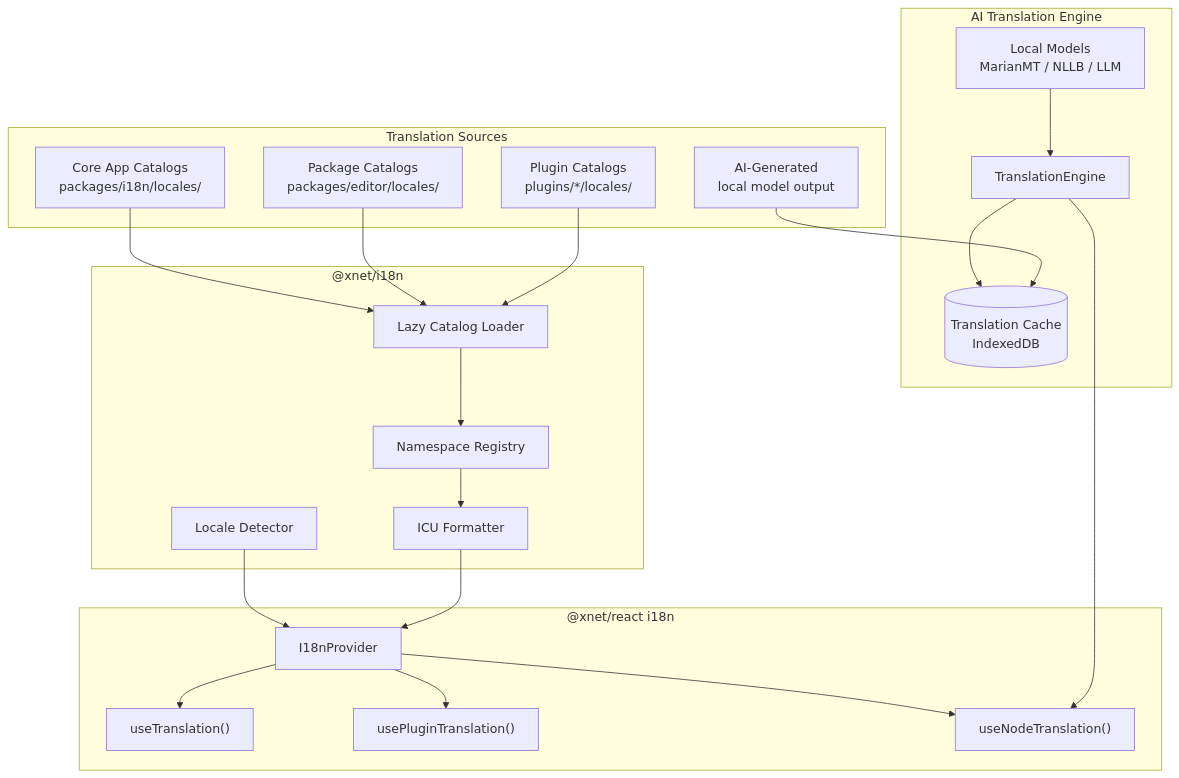
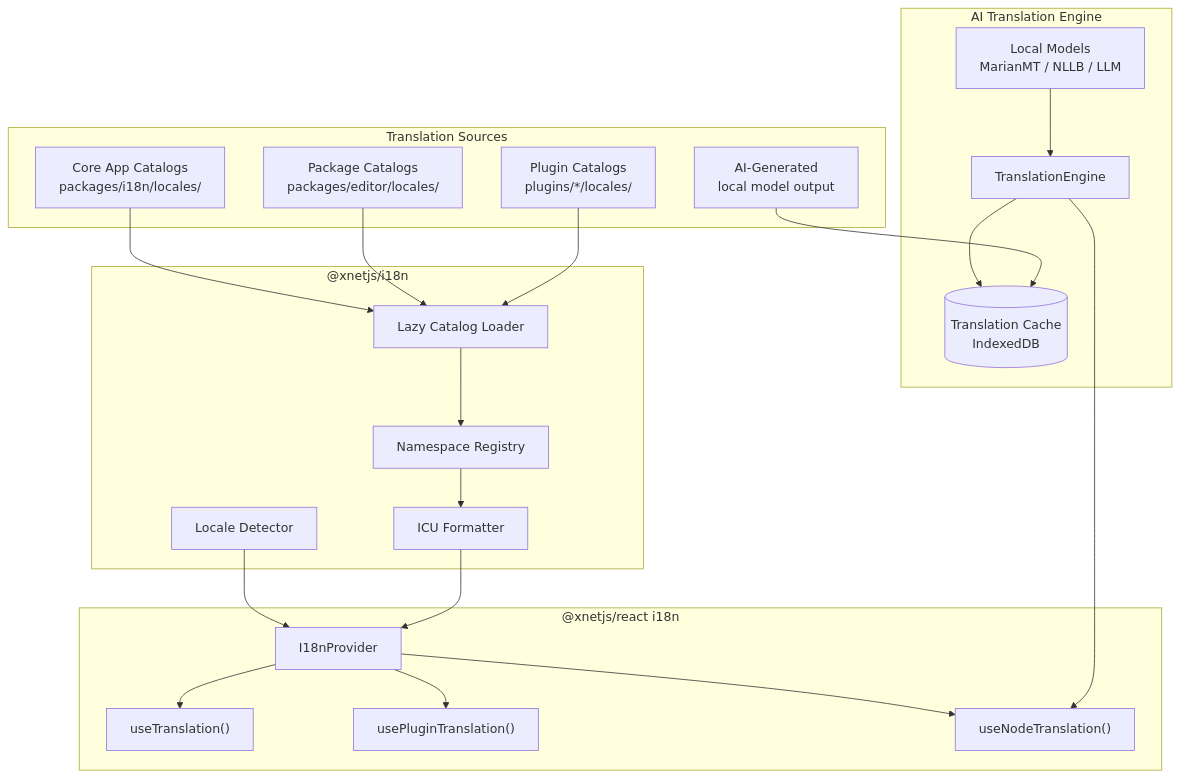
Before and after one commit to crs48/xNet: the diagram in docs/plans/plan04_1_i18n/README.md, drawn with Mermaid. The commit also changed other lines of this file and 980 other files, not shown here.

````diff
--- a/docs/plans/plan04_1_i18n/README.md
+++ b/docs/plans/plan04_1_i18n/README.md
@@ -36,44 +36,44 @@
 ```mermaid
 flowchart TB
     subgraph "Translation Sources"
         CORE["Core App Catalogs<br/>packages/i18n/locales/"]
         PKG["Package Catalogs<br/>packages/editor/locales/"]
         PLUG["Plugin Catalogs<br/>plugins/*/locales/"]
         AI["AI-Generated<br/>local model output"]
     end
 
-    subgraph "@xnet/i18n"
+    subgraph "@xnetjs/i18n"
         REG[Namespace Registry]
         FMT[ICU Formatter]
         DET[Locale Detector]
         LOAD[Lazy Catalog Loader]
     end
 
-    subgraph "@xnet/react i18n"
+    subgraph "@xnetjs/react i18n"
         PROV[I18nProvider]
         UT["useTranslation()"]
         UPT["usePluginTranslation()"]
         UNT["useNodeTranslation()"]
     end
 
     subgraph "AI Translation Engine"
         ENGINE[TranslationEngine]
         CACHE[(Translation Cache<br/>IndexedDB)]
         MODELS["Local Models<br/>MarianMT / NLLB / LLM"]
     end
 
     CORE --> LOAD
     PKG --> LOAD
     PLUG --> LOAD
     LOAD --> REG
     REG --> FMT
     DET --> PROV
     FMT --> PROV
     PROV --> UT
     PROV --> UPT
     PROV --> UNT
     ENGINE --> CACHE
     MODELS --> ENGINE
     ENGINE --> UNT
     AI --> CACHE
 ```
````
